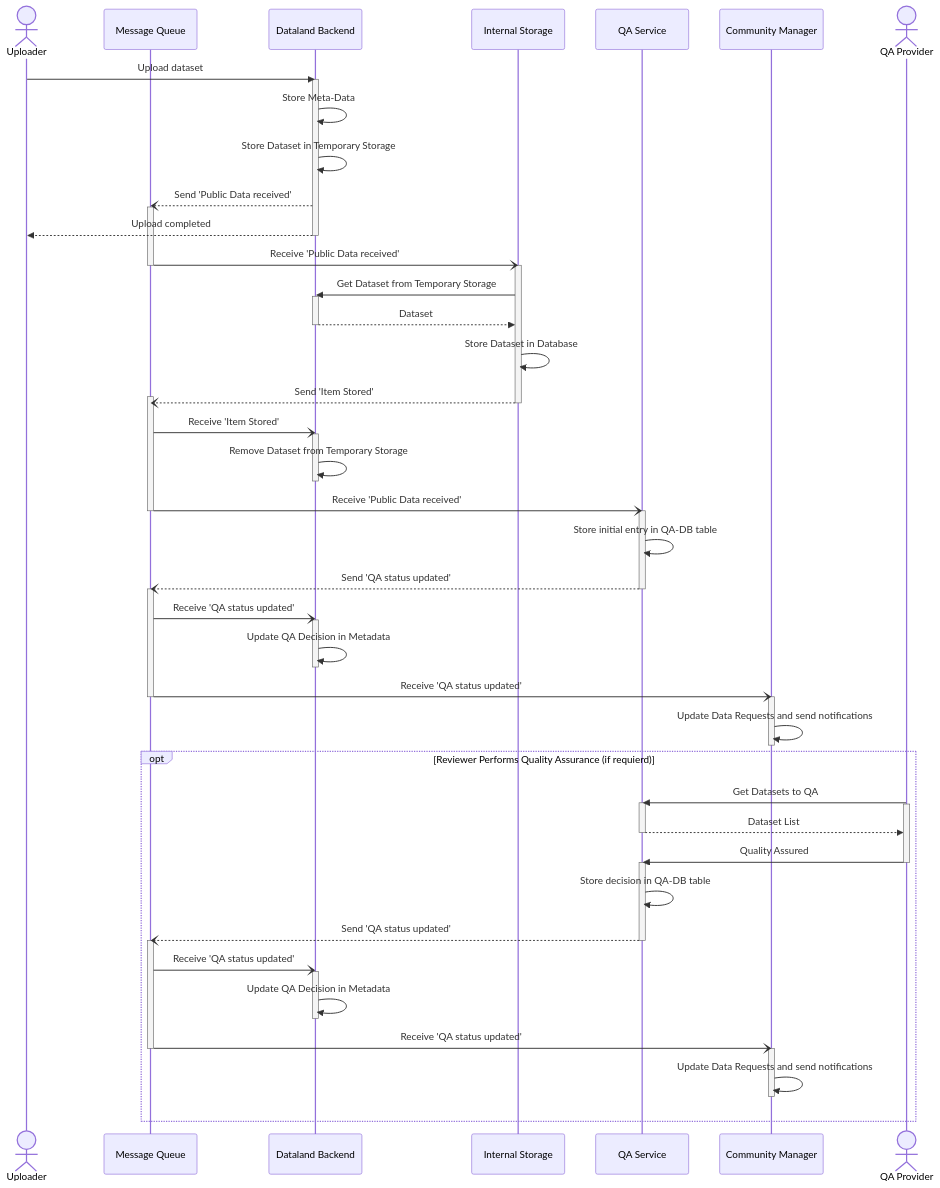
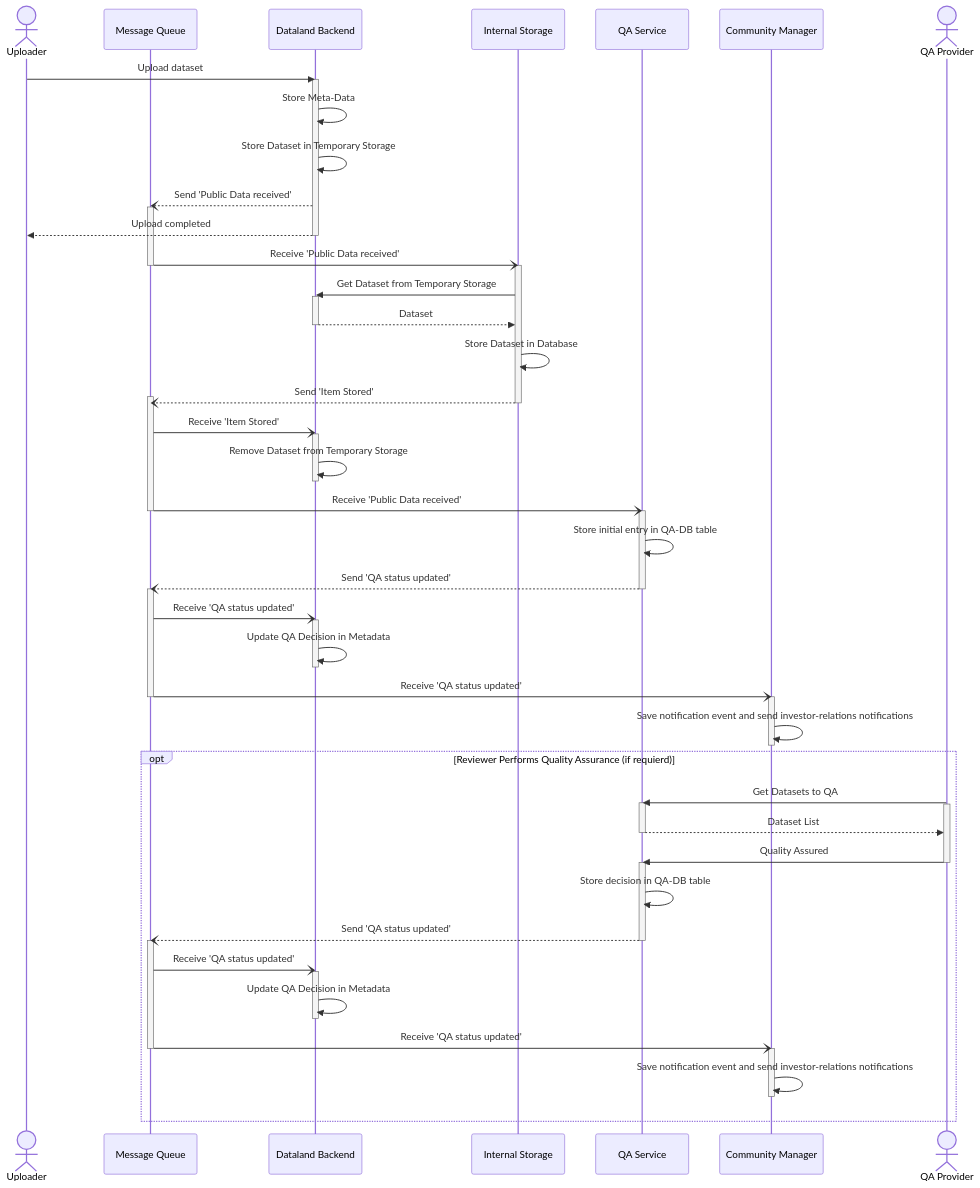
One commit to d-fine/Dataland changed the diagram in documentation/processes/data_upload_and_qa_process.md. Above: the diagram before and after it, drawn with Mermaid. The commit also changed 3 other files, not shown here.

````diff
--- a/documentation/processes/data_upload_and_qa_process.md
+++ b/documentation/processes/data_upload_and_qa_process.md
@@ -11,82 +11,82 @@
 ```mermaid
 sequenceDiagram
     actor Uploader
     participant mq as Message Queue
     participant backend as Dataland Backend
     participant storage as Internal Storage
     participant qaService as QA Service
     participant community as Community Manager
     actor qaler as QA Provider
     Uploader ->> backend: Upload dataset
     activate backend
     backend ->> backend: Store Meta-Data
     backend ->> backend: Store Dataset in Temporary Storage
     backend --) mq: Send 'Public Data received'
     activate mq
     backend -->> Uploader: Upload completed
     deactivate backend
     mq -) storage: Receive 'Public Data received'
     deactivate mq
     activate storage
     storage ->> backend: Get Dataset from Temporary Storage
     activate backend
     backend -->> storage: Dataset
     deactivate backend
     storage ->> storage: Store Dataset in Database
     storage --) mq: Send 'Item Stored'
     activate mq
     deactivate storage
 
     mq -) backend: Receive 'Item Stored'
     activate backend
     backend ->> backend: Remove Dataset from Temporary Storage
     deactivate backend
     mq -) qaService: Receive 'Public Data received'
     deactivate mq
     activate qaService
 
     qaService ->> qaService: Store initial entry in QA-DB table
     qaService --) mq: Send 'QA status updated'
     deactivate qaService
 
     activate mq
     mq -) backend: Receive 'QA status updated'
     activate backend
     backend ->> backend: Update QA Decision in Metadata
     deactivate backend
 
     mq -) community: Receive 'QA status updated'
     deactivate mq
     activate community
-    community ->> community: Update Data Requests and send notifications
+    community ->> community:  Save notification event and send investor-relations notifications
     deactivate community
    
     opt Reviewer Performs Quality Assurance (if requierd)
 
 
         qaler ->> qaService: Get Datasets to QA
         activate qaService
         activate qaler
         qaService -->> qaler: Dataset List
         deactivate qaService
         qaler ->> qaService: Quality Assured
         deactivate qaler
         activate qaService
         qaService ->> qaService: Store decision in QA-DB table
 
         qaService --) mq: Send 'QA status updated'
         deactivate qaService
 
         activate mq
         mq -) backend: Receive 'QA status updated'
         activate backend
         backend ->> backend: Update QA Decision in Metadata
         deactivate backend
 
         mq -) community: Receive 'QA status updated'
         deactivate mq
         activate community
-        community ->> community: Update Data Requests and send notifications
+        community ->> community:  Save notification event and send investor-relations notifications
         deactivate community
     end
 ```
````
